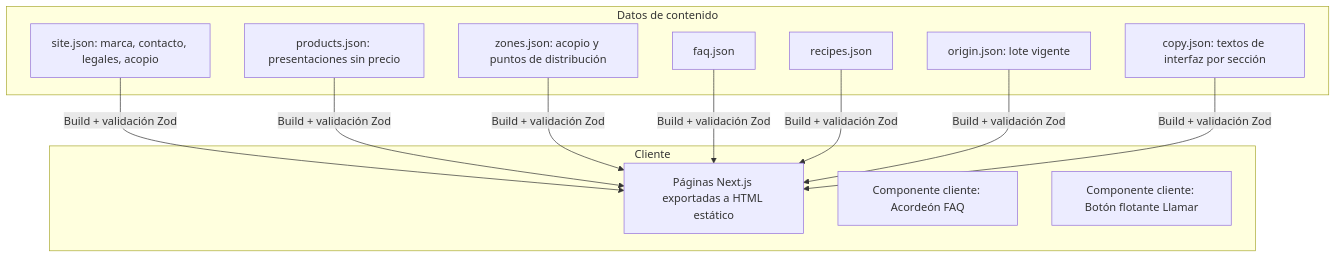
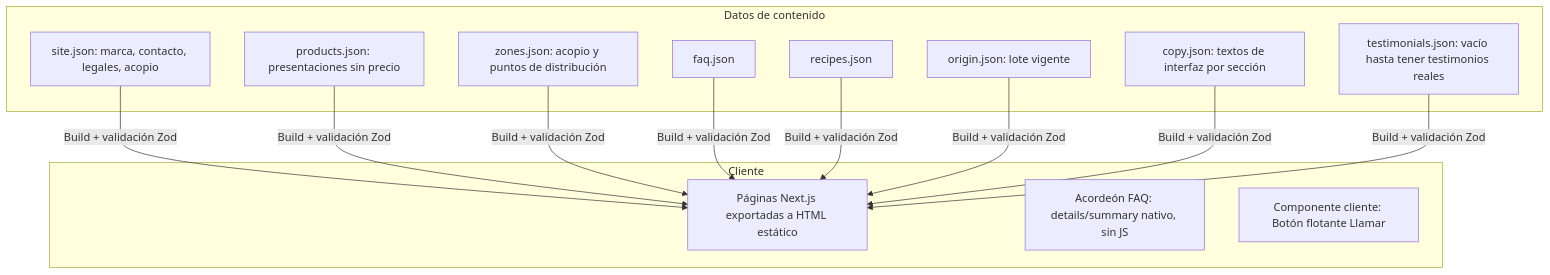
One commit to MasterArqSoft/green-banana-web changed the second of 3 diagrams in spec/03-plan.md. Above: the diagram before and after it, drawn with Mermaid. The commit also changed other lines of this file and 12 other files, not shown here.

````diff
--- a/spec/03-plan.md
+++ b/spec/03-plan.md
@@ -71,18 +71,19 @@
 ```mermaid
 flowchart TB
     subgraph Cliente
       P[Páginas Next.js exportadas a HTML estático]
-      I1[Componente cliente: Acordeón FAQ]
+      I1[Acordeón FAQ: details/summary nativo, sin JS]
       I2[Componente cliente: Botón flotante Llamar]
     end
     subgraph Datos de contenido
       D1[site.json: marca, contacto, legales, acopio]
       D2[products.json: presentaciones sin precio]
       D3[zones.json: acopio y puntos de distribución]
       D4[faq.json]
       D5[recipes.json]
       D6[origin.json: lote vigente]
       D7[copy.json: textos de interfaz por sección]
+      D8[testimonials.json: vacío hasta tener testimonios reales]
     end
-    D1 & D2 & D3 & D4 & D5 & D6 & D7 -->|Build + validación Zod| P
+    D1 & D2 & D3 & D4 & D5 & D6 & D7 & D8 -->|Build + validación Zod| P
 ```
````
